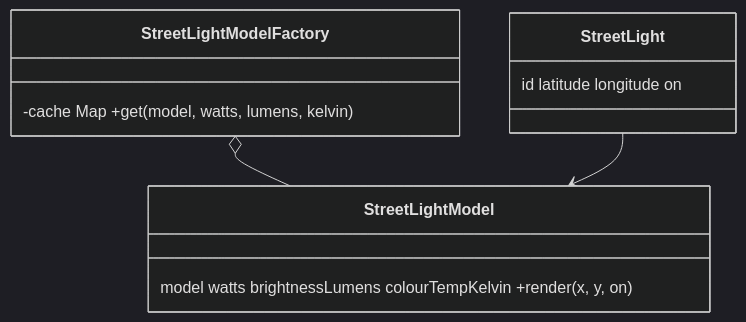
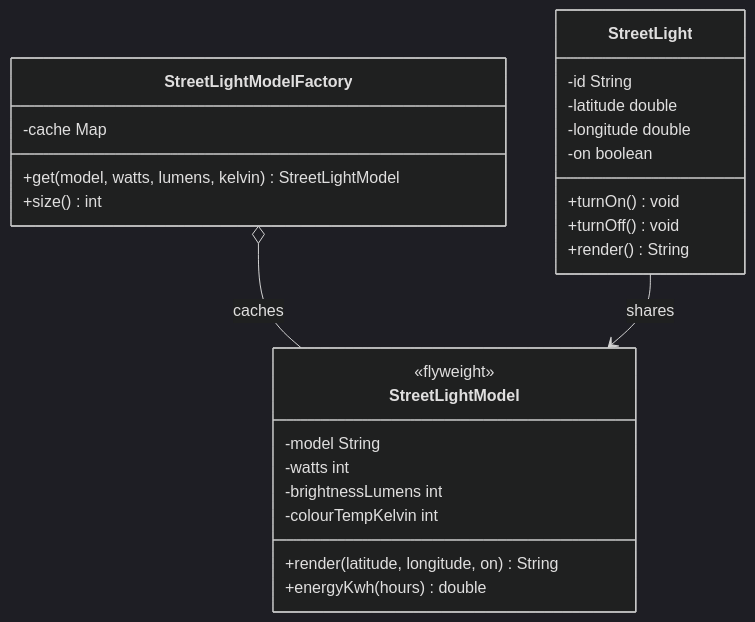
One commit to MenaraPereraa/SmartCity changed the fourth of 5 diagrams in README.md. Above: the diagram before and after it, drawn with Mermaid (dark theme). The commit also changed other lines of this file, not shown here.

````diff
--- a/README.md
+++ b/README.md
@@ -151,8 +199,28 @@
 ```mermaid
 classDiagram
-    class StreetLightModel { model watts brightnessLumens colourTempKelvin +render(x, y, on) }
-    class StreetLightModelFactory { -cache Map +get(model, watts, lumens, kelvin) }
-    class StreetLight { id latitude longitude on }
-    StreetLightModelFactory o-- StreetLightModel
-    StreetLight --> StreetLightModel
+    class StreetLightModel {
+        <<flyweight>>
+        -model String
+        -watts int
+        -brightnessLumens int
+        -colourTempKelvin int
+        +render(latitude, longitude, on) String
+        +energyKwh(hours) double
+    }
+    class StreetLightModelFactory {
+        -cache Map
+        +get(model, watts, lumens, kelvin) StreetLightModel
+        +size() int
+    }
+    class StreetLight {
+        -id String
+        -latitude double
+        -longitude double
+        -on boolean
+        +turnOn() void
+        +turnOff() void
+        +render() String
+    }
+    StreetLightModelFactory o-- StreetLightModel : caches
+    StreetLight --> StreetLightModel : shares
 ```
````
